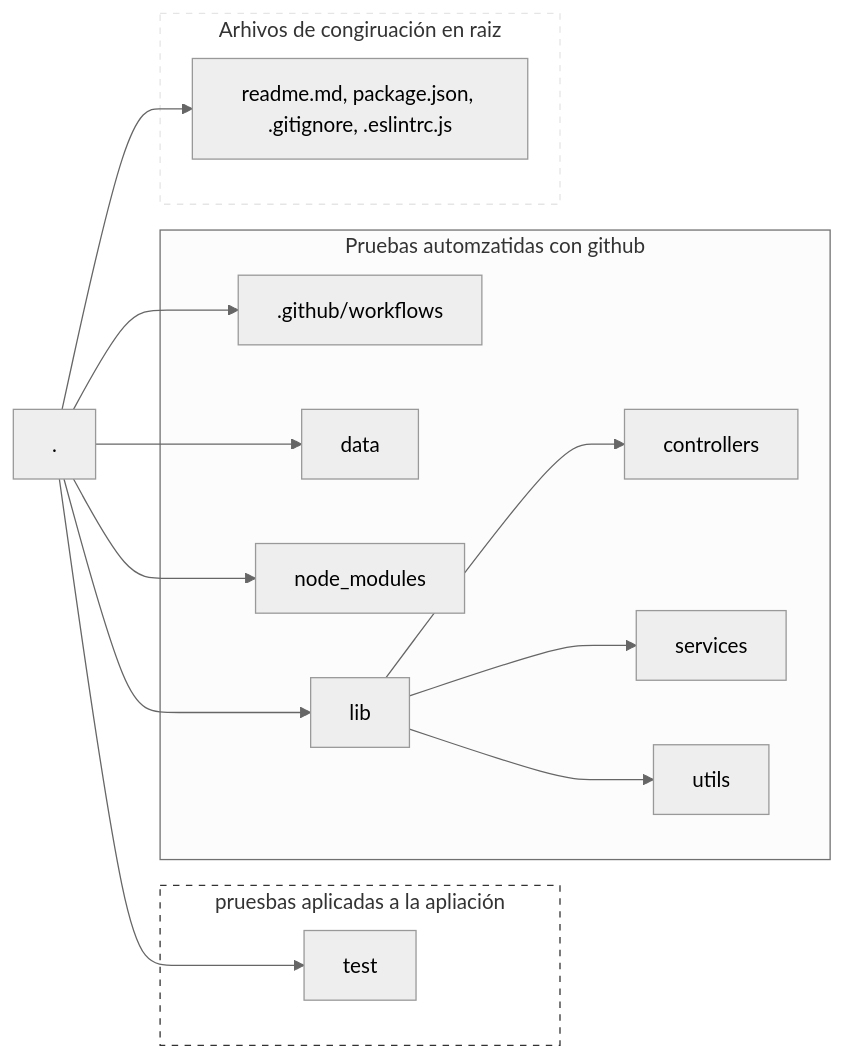
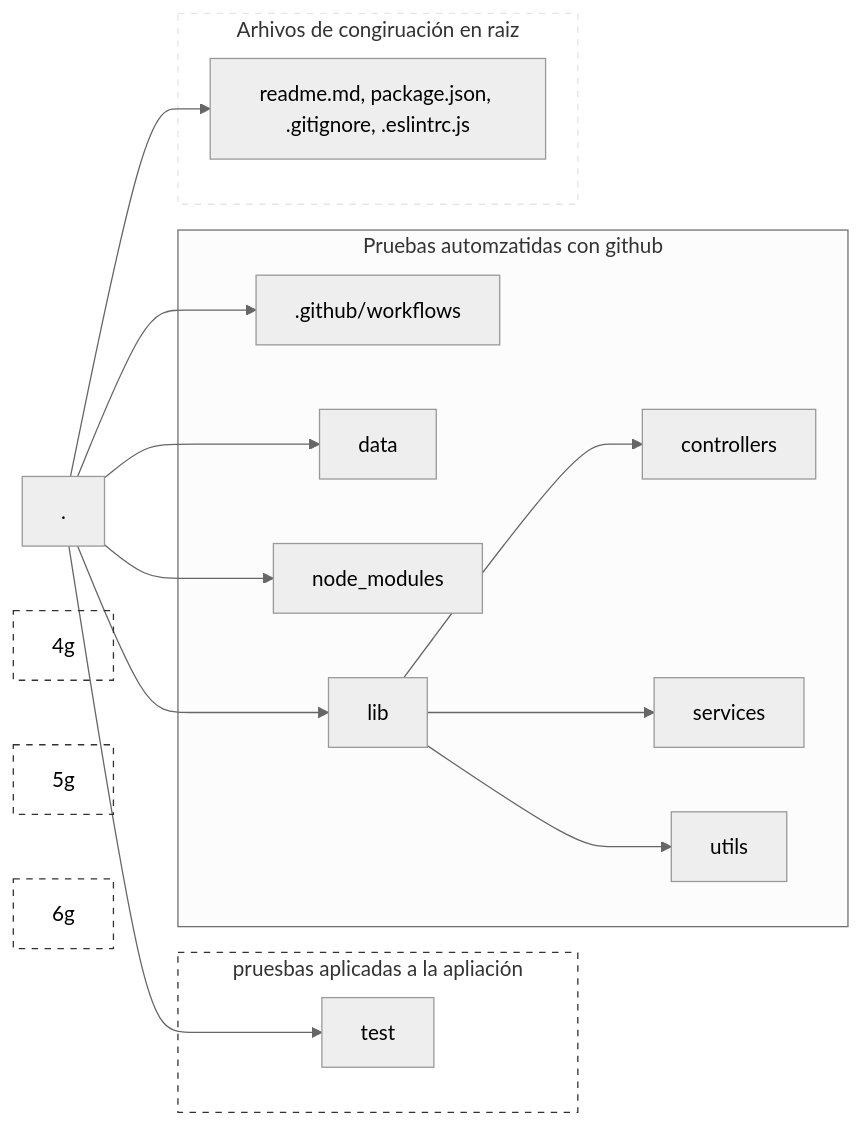
One commit to manuel1488/LaunchX_BackEnd_CodeChallenge-VisualThinking changed the diagram in readme.md. Above: the diagram before and after it, drawn with Mermaid (neutral theme).

Commit message:
actualizar readme.md con grafio de directorios en mermaid de nuevo

````diff
--- a/readme.md
+++ b/readme.md
@@ -21,34 +21,37 @@
 ```mermaid
 graph LR
     root[.] --> 1[readme.md, package.json, .gitignore, .eslintrc.js]
     root --> 2[.github/workflows]
     root --> 3[data]
     root --> 4[node_modules]
     root --> 5[lib]
     root --> 6[test]
     
     subgraph 1g[Arhivos de congiruación en raiz]
         1   
     end
     subgraph 2g[Pruebas automzatidas con github]
         2
     end
     subgraph 2g[base de datos]
         3
     end
     subgraph 2g[modulos npm]
         4
     end
     subgraph 2g[archivos de la aplicación]
         5 --> 51[controllers]
         5 --> 52[services]
         5 --> 53[utils]
     end
     subgraph 3g[pruesbas aplicadas a la apliación]
         6
     end
 
 style 1g fill:transparent,stroke:#E5E5E5,stroke-width:1px,stroke-dasharray:5;
 style 2g fill:transparent,stroke:#323232,stroke-width:1px,stroke-dasharray:5;
 style 3g fill:transparent,stroke:#323232,stroke-width:1px,stroke-dasharray:5;
+style 4g fill:transparent,stroke:#323232,stroke-width:1px,stroke-dasharray:5;
+style 5g fill:transparent,stroke:#323232,stroke-width:1px,stroke-dasharray:5;
+style 6g fill:transparent,stroke:#323232,stroke-width:1px,stroke-dasharray:5;
 ```
````
